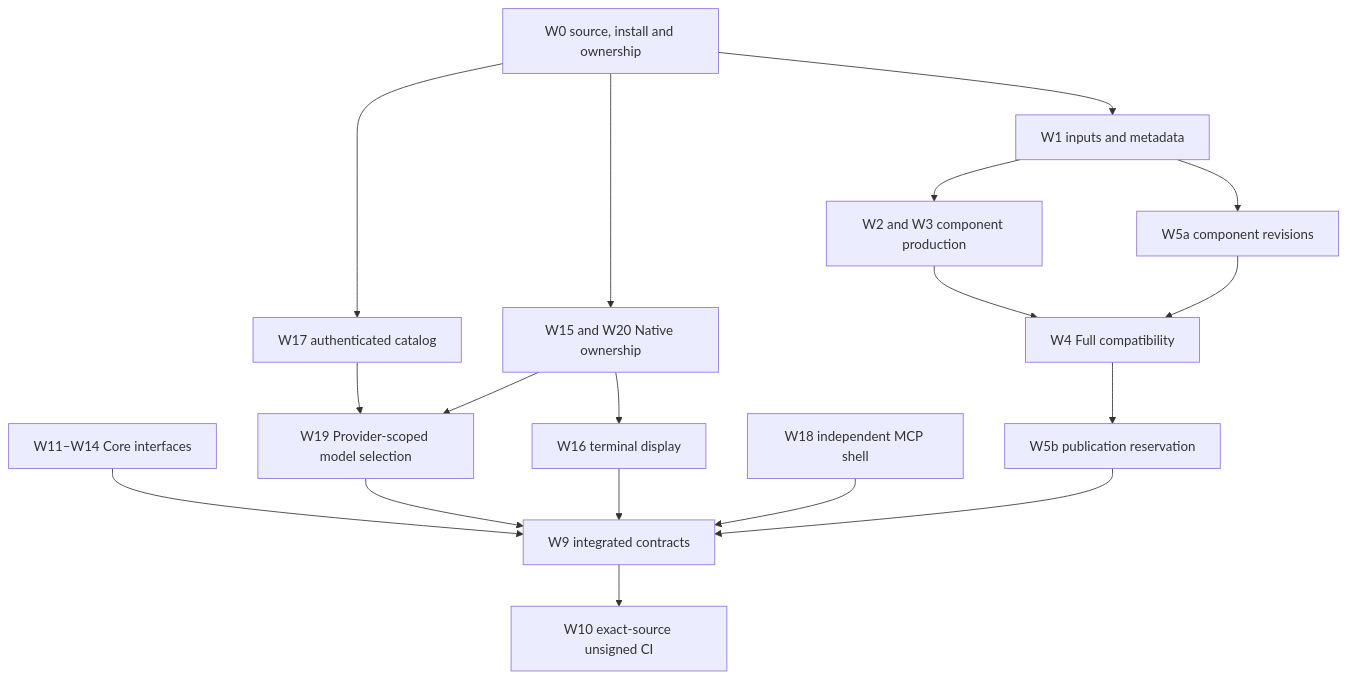
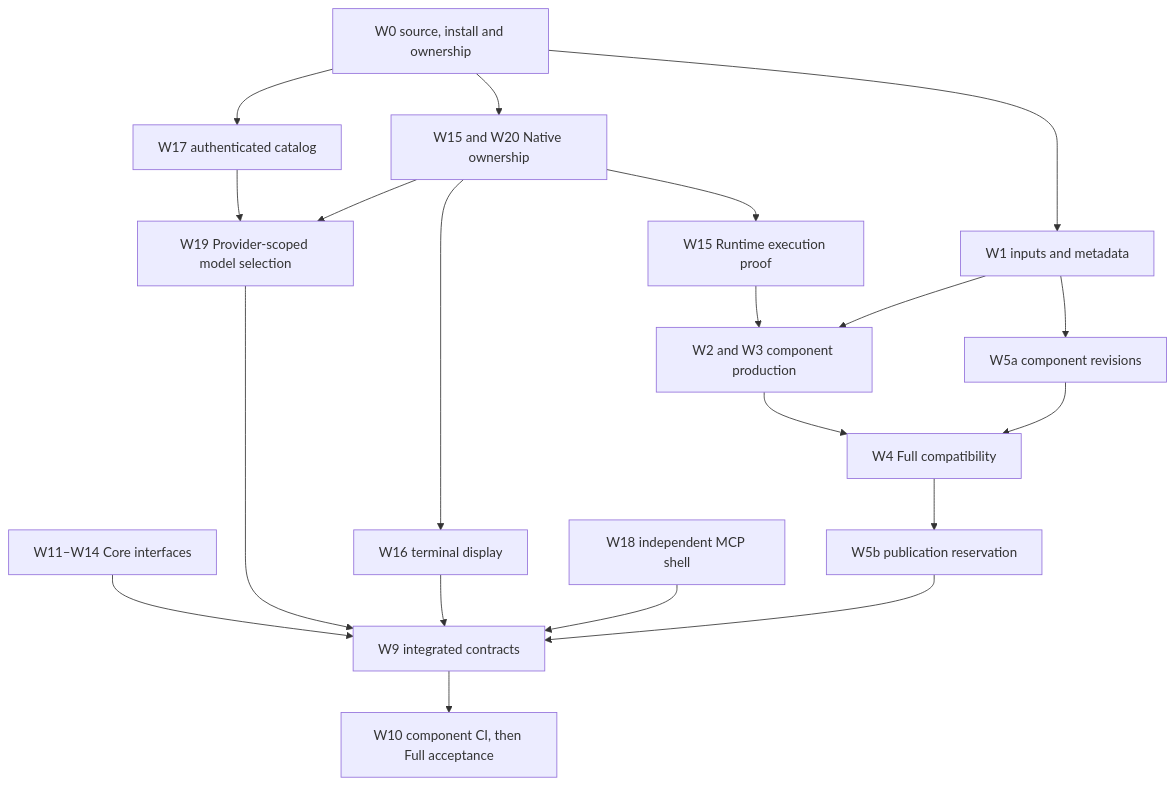
The diagram in docs/development/RELEASE_FRAMEWORK_IMPLEMENTATION.md (humtr/codex), drawn with Mermaid before and after one commit. The commit also changed other lines of this file, not shown here.

Commit message:
docs: align Runtime proof ownership and acceptance dependencies

````diff
--- a/docs/development/RELEASE_FRAMEWORK_IMPLEMENTATION.md
+++ b/docs/development/RELEASE_FRAMEWORK_IMPLEMENTATION.md
@@ -32,20 +32,22 @@
 ```mermaid
 flowchart TD
     W0["W0 source, install and ownership"] --> W1["W1 inputs and metadata"]
     W0 --> N["W15 and W20 Native ownership"]
+    N --> E["W15 Runtime execution proof"]
+    E --> R
     W0 --> P["W17 authenticated catalog"]
     W1 --> R["W2 and W3 component production"]
     W1 --> V["W5a component revisions"]
     R --> C["W4 Full compatibility"]
     V --> C
     C --> S["W5b publication reservation"]
     P --> T["W19 Provider-scoped model selection"]
     N --> D["W16 terminal display"]
     N --> T
     U["W11–W14 Core interfaces"] --> A["W9 integrated contracts"]
     T --> A
     D --> A
     M["W18 independent MCP shell"] --> A
     S --> A
-    A --> Q["W10 exact-source unsigned CI"]
+    A --> Q["W10 component CI, then Full acceptance"]
 ```
````
